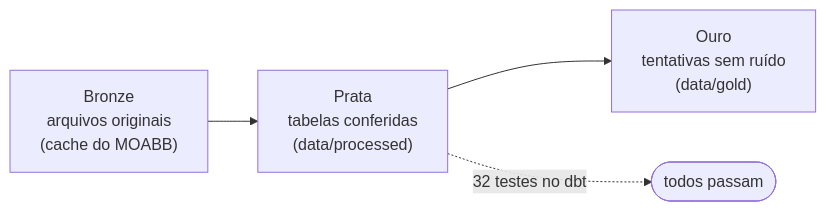
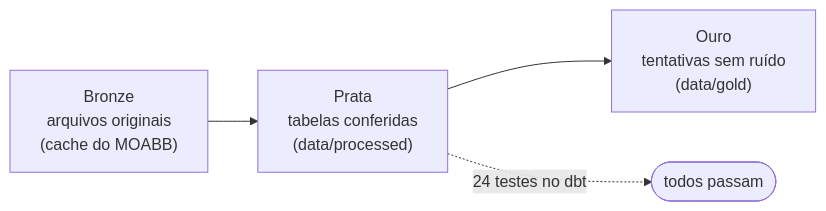
Before and after one commit to kafb04/data-engineering-multimodal-ai: the third of 6 diagrams in README.md, drawn with Mermaid. The commit also changed other lines of this file and 44 other files, not shown here.

````diff
--- a/README.md
+++ b/README.md
@@ -183,6 +183,6 @@
 ```mermaid
 flowchart LR
     B["Bronze<br/>arquivos originais<br/>(cache do MOABB)"] --> P["Prata<br/>tabelas conferidas<br/>(data/processed)"]
     P --> O["Ouro<br/>tentativas sem ruído<br/>(data/gold)"]
-    P -.->|"32 testes no dbt"| OK(["todos passam"])
+    P -.->|"24 testes no dbt"| OK(["todos passam"])
 ```
````
